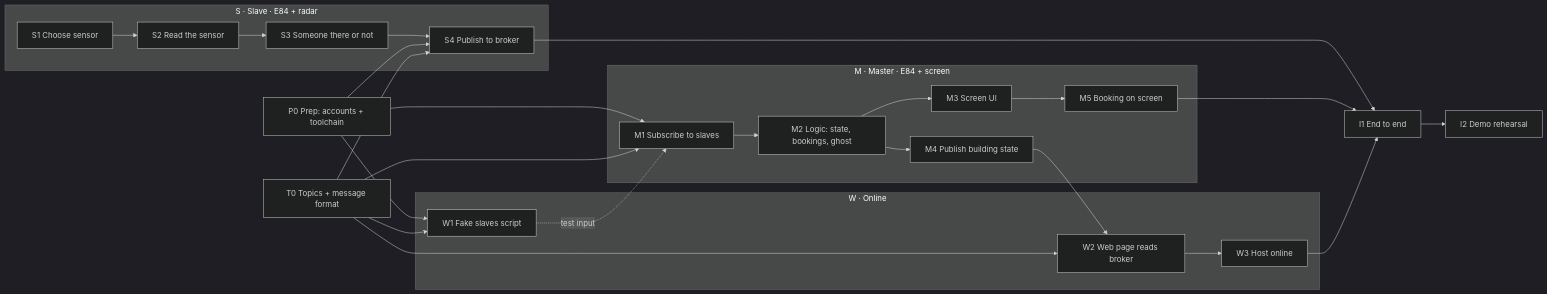
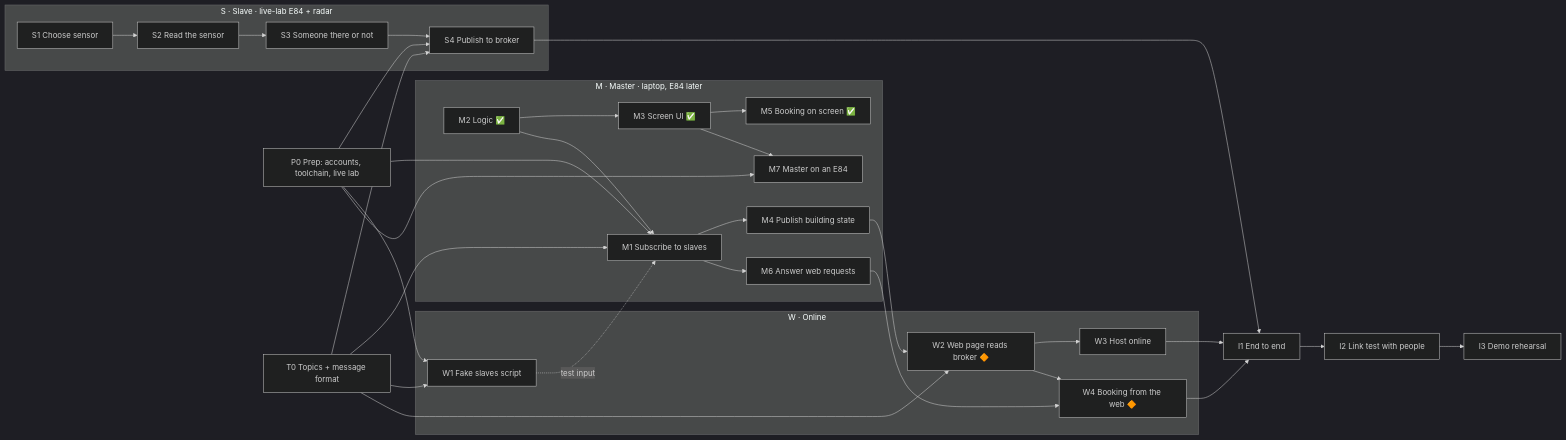
One commit to NadaAbbas444/inhabitx changed the diagram in TASKS.md. Above: the diagram before and after it, drawn with Mermaid (dark theme). The commit also changed other lines of this file and 4 other files, not shown here.

First line of the commit message:
Web booking, remote live board and HiveMQ broker setup

````diff
--- a/TASKS.md
+++ b/TASKS.md
@@ -17,38 +20,44 @@
 ```mermaid
 flowchart LR
-    P0[P0 Prep: accounts + toolchain]
+    P0[P0 Prep: accounts, toolchain, live lab]
     T0[T0 Topics + message format]
 
-    subgraph SLAVE["S · Slave · E84 + radar"]
+    subgraph SLAVE["S · Slave · live-lab E84 + radar"]
         S1[S1 Choose sensor] --> S2[S2 Read the sensor]
         S2 --> S3[S3 Someone there or not]
         S3 --> S4[S4 Publish to broker]
     end
 
-    subgraph MASTER["M · Master · E84 + screen"]
-        M1[M1 Subscribe to slaves] --> M2[M2 Logic: state, bookings, ghost]
-        M2 --> M3[M3 Screen UI]
-        M2 --> M4[M4 Publish building state]
-        M3 --> M5[M5 Booking on screen]
+    subgraph MASTER["M · Master · laptop, E84 later"]
+        M2[M2 Logic ✅] --> M3[M3 Screen UI ✅]
+        M3 --> M5[M5 Booking on screen ✅]
+        M1[M1 Subscribe to slaves] --> M4[M4 Publish building state]
+        M1 --> M6[M6 Answer web requests]
+        M2 --> M1
+        M3 --> M7[M7 Master on an E84]
     end
 
     subgraph ONLINE["W · Online"]
         W1[W1 Fake slaves script]
-        W2[W2 Web page reads broker] --> W3[W3 Host online]
+        W2[W2 Web page reads broker 🔶] --> W3[W3 Host online]
+        W2 --> W4[W4 Booking from the web 🔶]
     end
 
     P0 --> S4
     P0 --> M1
     P0 --> W1
+    P0 --> M7
     T0 --> S4
     T0 --> M1
     T0 --> W1
     T0 --> W2
     W1 -. test input .-> M1
     M4 --> W2
+    M6 --> W4
 
     S4 --> I1[I1 End to end]
-    M5 --> I1
     W3 --> I1
-    I1 --> I2[I2 Demo rehearsal]
+    W4 --> I1
+    I1 --> I2[I2 Link test with people]
+    I2 --> I3[I3 Demo rehearsal]
 ```
````
